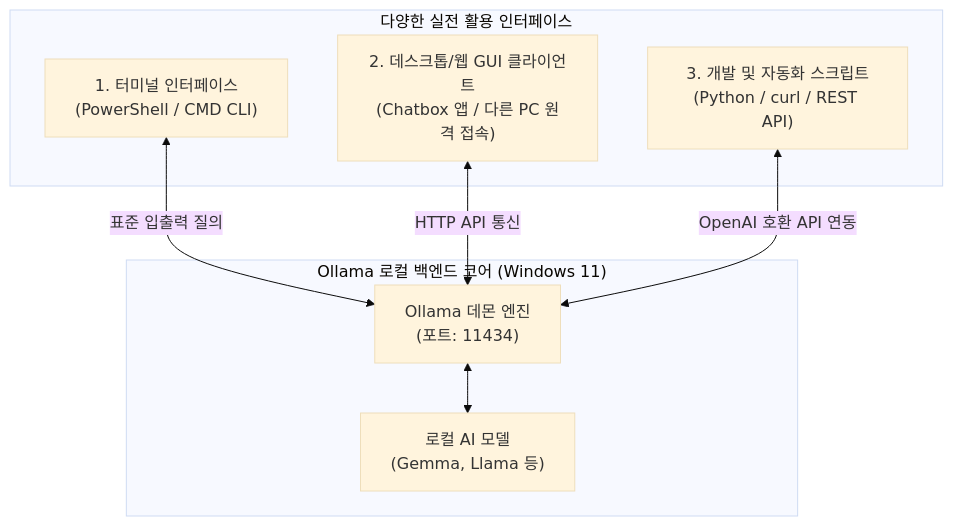
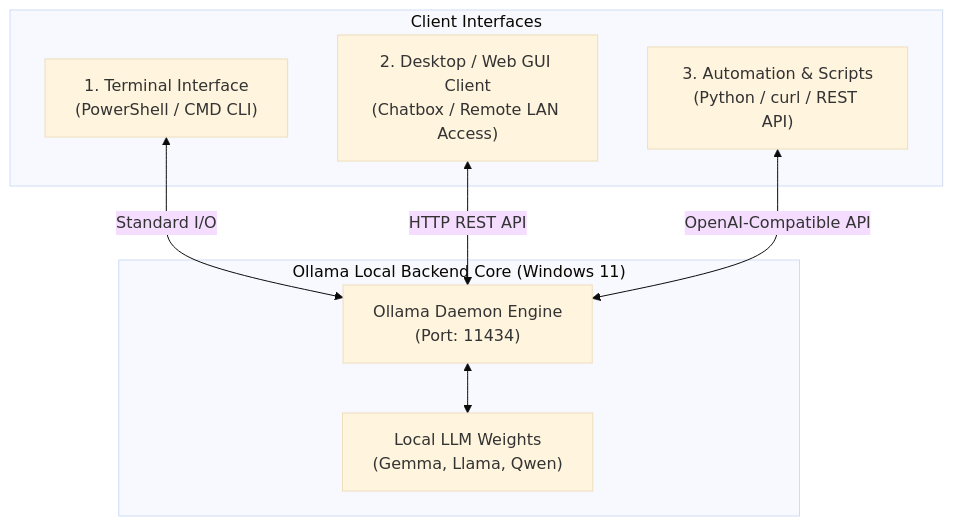
The first of 2 diagrams in content/posts/ollama-03-cli-webui-api/index.en.md (CheolKyunYU/cknotes), drawn with Mermaid (base theme) before and after one commit. The commit also changed other lines of this file and 40 other files, not shown here.

````diff
--- a/content/posts/ollama-03-cli-webui-api/index.en.md
+++ b/content/posts/ollama-03-cli-webui-api/index.en.md
@@ -38,18 +36,18 @@
 ```mermaid
 flowchart TD
-    subgraph Core["Ollama 로컬 백엔드 코어 (Windows 11)"]
-        Engine["Ollama 데몬 엔진<br/>(포트: 11434)"]
-        Models["로컬 AI 모델<br/>(Gemma, Llama 등)"]
+    subgraph Core["Ollama Local Backend Core (Windows 11)"]
+        Engine["Ollama Daemon Engine<br/>(Port: 11434)"]
+        Models["Local LLM Weights<br/>(Gemma, Llama, Qwen)"]
         Engine <--> Models
     end
 
-    subgraph Client["다양한 실전 활용 인터페이스"]
-        CLI["1. 터미널 인터페이스<br/>(PowerShell / CMD CLI)"]
-        WebUI["2. 데스크톱/웹 GUI 클라이언트<br/>(Chatbox 앱 / 다른 PC 원격 접속)"]
-        Code["3. 개발 및 자동화 스크립트<br/>(Python / curl / REST API)"]
+    subgraph Client["Client Interfaces"]
+        CLI["1. Terminal Interface<br/>(PowerShell / CMD CLI)"]
+        WebUI["2. Desktop / Web GUI Client<br/>(Chatbox / Remote LAN Access)"]
+        Code["3. Automation & Scripts<br/>(Python / curl / REST API)"]
     end
 
-    CLI <-->|"표준 입출력 질의"| Engine
-    WebUI <-->|"HTTP API 통신"| Engine
-    Code <-->|"OpenAI 호환 API 연동"| Engine
+    CLI <-->|"Standard I/O"| Engine
+    WebUI <-->|"HTTP REST API"| Engine
+    Code <-->|"OpenAI-Compatible API"| Engine
 ```
````
